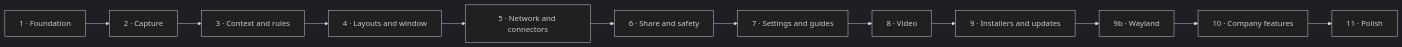
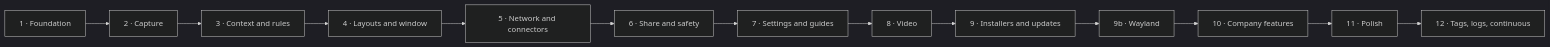
The third of 3 diagrams in docs/development-plan.md (SotharL/CargoFrame), drawn with Mermaid (dark theme) before and after one commit. The commit also changed other lines of this file and 9 other files, not shown here.

First line of the commit message:
0.4.0: docs for tags, the log viewer, files by hand, combined values and continuous recording

````diff
--- a/docs/development-plan.md
+++ b/docs/development-plan.md
@@ -191,14 +192,15 @@
 ```mermaid
 flowchart LR
     P1[1 · Foundation] --> P2[2 · Capture]
     P2 --> P3[3 · Context and rules]
     P3 --> P4[4 · Layouts and window]
     P4 --> P5[5 · Network and connectors]
     P5 --> P6[6 · Share and safety]
     P6 --> P7[7 · Settings and guides]
     P7 --> P8[8 · Video]
     P8 --> P9[9 · Installers and updates]
     P9 --> P9b[9b · Wayland]
     P9b --> P10[10 · Company features]
     P10 --> P11[11 · Polish]
+    P11 --> P12[12 · Tags, logs, continuous]
 ```
````
